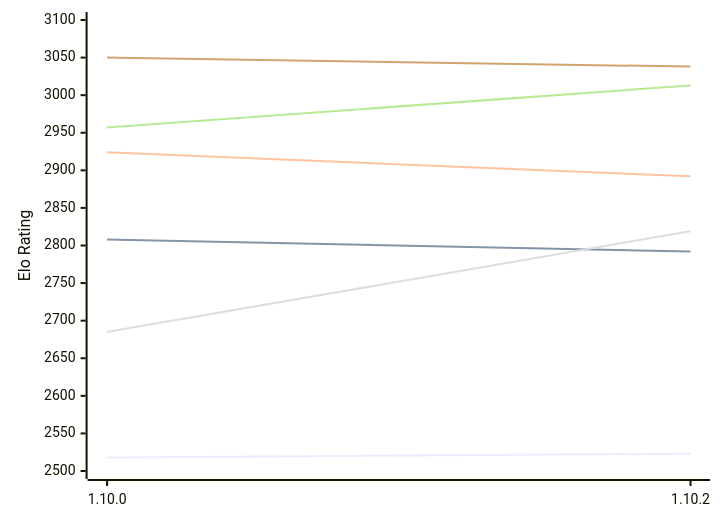
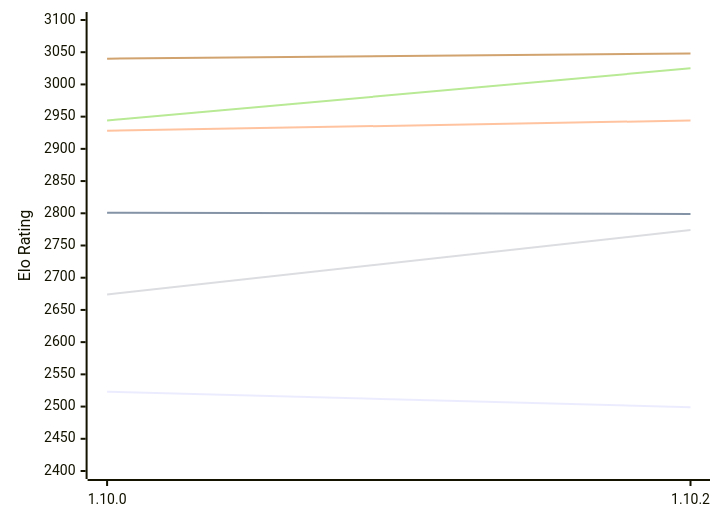
The first of 2 diagrams in engines/Basilisk.md (computer-chess-index/cci), drawn with Mermaid before and after one commit. The commit also changed other lines of this file, not shown here.

Commit message:
Update CCI Ratings (ELO VLTC) - 2026-10-13

````diff
--- a/engines/Basilisk.md
+++ b/engines/Basilisk.md
@@ -61,12 +61,12 @@
 ```mermaid
 %%{init: {"theme":"base","themeVariables":{"seriesColors:['#a3a3a3','#222221','#faa371']}}}%%
 xychart-beta
   x-axis ["1.10.0", "1.10.2"]
-  y-axis "Elo Rating" 2500 --> 3100
-  line "E1: STC (8.0+0.08s)" [2518, 2523]
-  line "E1: LTC (60.0+0.60s)" [2808, 2792]
-  line "E1: VLTC (2m24s+1.12s)" [2924, 2892]
-  line "P1: STC (8.0+0.08s)" [2685, 2819]
-  line "P1: LTC (60.0+0.60s)" [2957, 3013]
-  line "P1: VLTC (2m24s+1.12s)" [3050, 3038]
+  y-axis "Elo Rating" 2400 --> 3100
+  line "E1: STC (8.0+0.08s)" [2523, 2499]
+  line "E1: LTC (60.0+0.60s)" [2801, 2799]
+  line "E1: VLTC (2m24s+1.12s)" [2928, 2944]
+  line "P1: STC (8.0+0.08s)" [2674, 2774]
+  line "P1: LTC (60.0+0.60s)" [2944, 3025]
+  line "P1: VLTC (2m24s+1.12s)" [3040, 3048]
 ```
````
